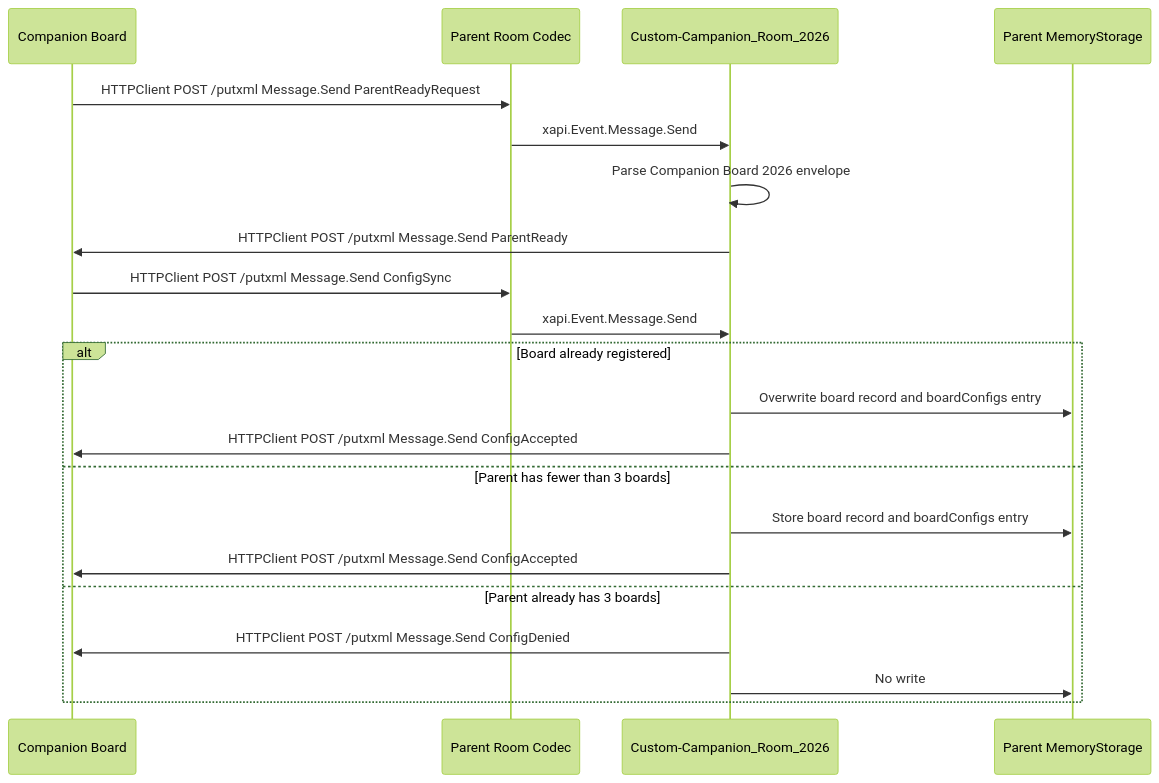
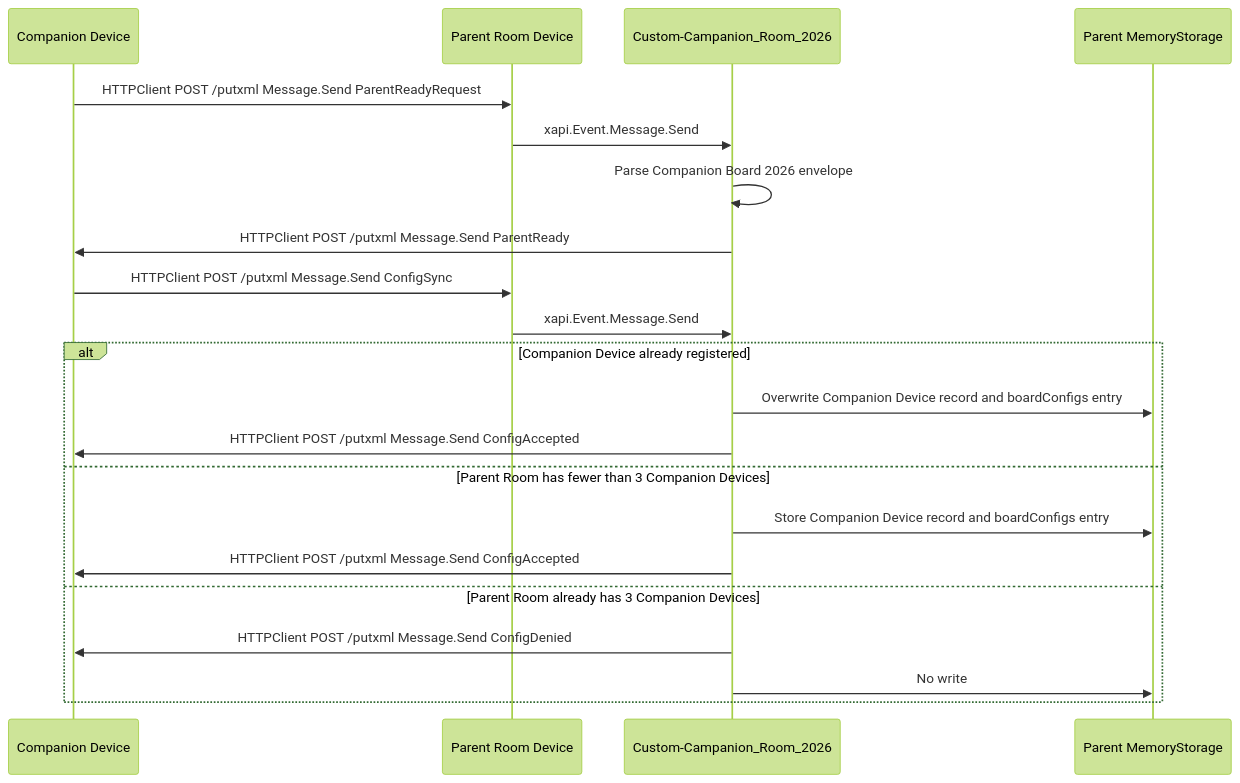
The third of 8 diagrams in README.md (ctg-tme/Custom_Companion_2026), drawn with Mermaid (forest theme) before and after one commit. The commit also changed other lines of this file and 42 other files, not shown here.

````diff
--- a/README.md
+++ b/README.md
@@ -111,24 +111,24 @@
 ```mermaid
 sequenceDiagram
-	participant Board as Companion Board
-	participant Parent as Parent Room Codec
+	participant CompanionDevice as Companion Device
+	participant Parent as Parent Room Device
 	participant ParentMacro as Custom-Campanion_Room_2026
 	participant ParentMemory as Parent MemoryStorage
 
-	Board->>Parent: HTTPClient POST /putxml Message.Send ParentReadyRequest
+	CompanionDevice->>Parent: HTTPClient POST /putxml Message.Send ParentReadyRequest
 	Parent->>ParentMacro: xapi.Event.Message.Send
 	ParentMacro->>ParentMacro: Parse Companion Board 2026 envelope
-	ParentMacro->>Board: HTTPClient POST /putxml Message.Send ParentReady
-	Board->>Parent: HTTPClient POST /putxml Message.Send ConfigSync
+	ParentMacro->>CompanionDevice: HTTPClient POST /putxml Message.Send ParentReady
+	CompanionDevice->>Parent: HTTPClient POST /putxml Message.Send ConfigSync
 	Parent->>ParentMacro: xapi.Event.Message.Send
-	alt Board already registered
-		ParentMacro->>ParentMemory: Overwrite board record and boardConfigs entry
-		ParentMacro->>Board: HTTPClient POST /putxml Message.Send ConfigAccepted
-	else Parent has fewer than 3 boards
-		ParentMacro->>ParentMemory: Store board record and boardConfigs entry
-		ParentMacro->>Board: HTTPClient POST /putxml Message.Send ConfigAccepted
-	else Parent already has 3 boards
-		ParentMacro->>Board: HTTPClient POST /putxml Message.Send ConfigDenied
+	alt Companion Device already registered
+		ParentMacro->>ParentMemory: Overwrite Companion Device record and boardConfigs entry
+		ParentMacro->>CompanionDevice: HTTPClient POST /putxml Message.Send ConfigAccepted
+	else Parent Room has fewer than 3 Companion Devices
+		ParentMacro->>ParentMemory: Store Companion Device record and boardConfigs entry
+		ParentMacro->>CompanionDevice: HTTPClient POST /putxml Message.Send ConfigAccepted
+	else Parent Room already has 3 Companion Devices
+		ParentMacro->>CompanionDevice: HTTPClient POST /putxml Message.Send ConfigDenied
 		ParentMacro->>ParentMemory: No write
 	end
 ```
````
